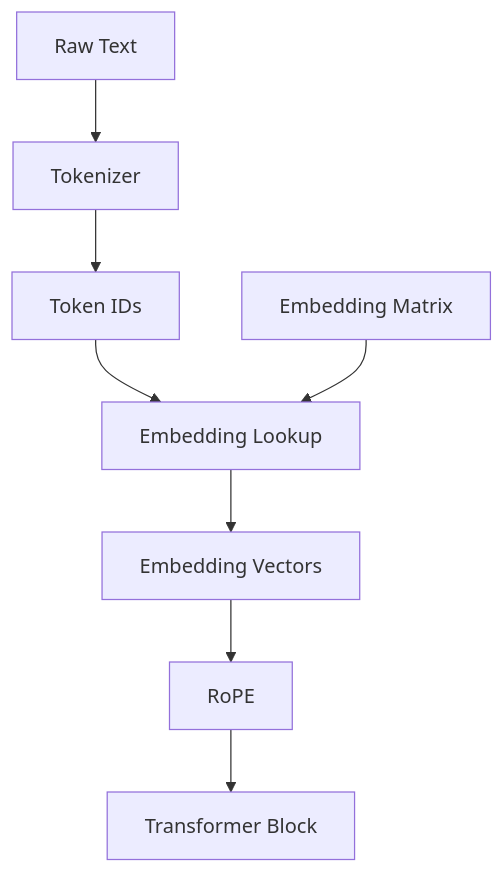
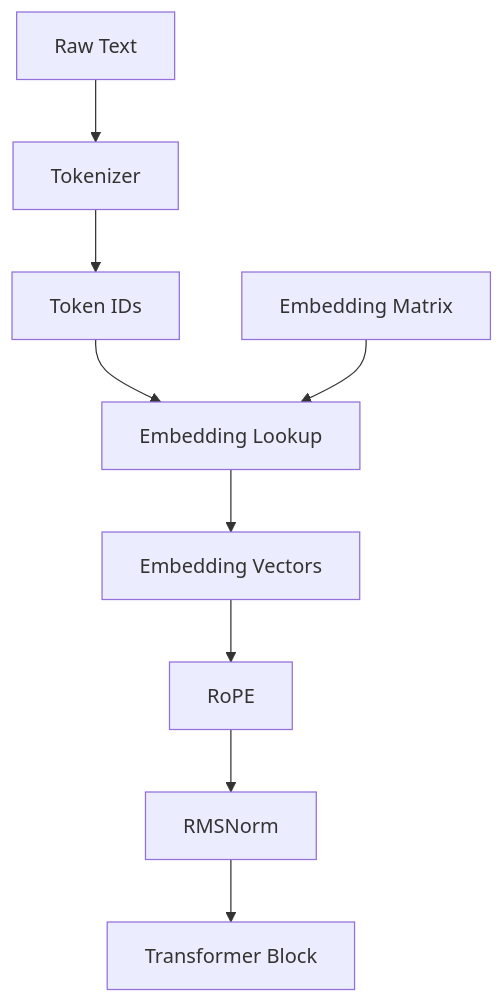
The diagram in README.md (404khai/odyssey), drawn with Mermaid before and after one commit. The commit also changed other lines of this file and 35 other files, not shown here.

First line of the commit message:
feat(model): implement LLaMA-style RMSNorm and pre-norm residual architecture

````diff
--- a/README.md
+++ b/README.md
@@ -39,10 +40,11 @@
 ```mermaid
 flowchart TD
     RawText[Raw Text] --> Tokenizer
     Tokenizer --> TokenIDs[Token IDs]
     TokenIDs --> EmbeddingLookup[Embedding Lookup]
     EmbeddingMatrix[Embedding Matrix] --> EmbeddingLookup
     EmbeddingLookup --> Vectors[Embedding Vectors]
     Vectors --> RoPE[RoPE]
-    RoPE --> TransformerBlock[Transformer Block]
+    RoPE --> RMSNorm[RMSNorm]
+    RMSNorm --> TransformerBlock[Transformer Block]
 ```
````
